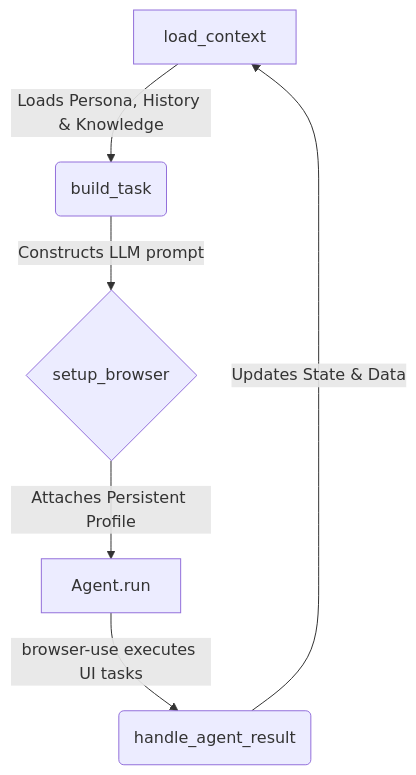
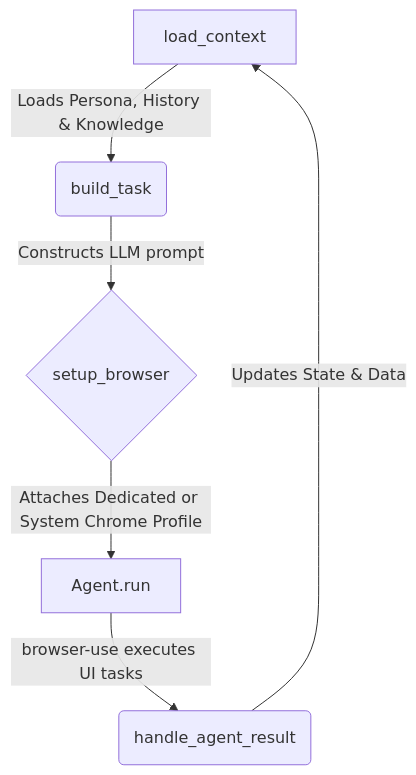
One commit to bravian1/social-agent changed the diagram in README.md. Above: the diagram before and after it, drawn with Mermaid. The commit also changed other lines of this file and 1 other file, not shown here.

````diff
--- a/README.md
+++ b/README.md
@@ -167,8 +206,8 @@
 ```mermaid
 flowchart TD
     A[load_context] -->|Loads Persona, History & Knowledge| B(build_task)
     B -->|Constructs LLM prompt| C{setup_browser}
-    C -->|Attaches Persistent Profile| D[Agent.run]
+    C -->|Attaches Dedicated or System Chrome Profile| D[Agent.run]
     D -->|browser-use executes UI tasks| E(handle_agent_result)
     E -->|Updates State & Data| A
 ```
````
